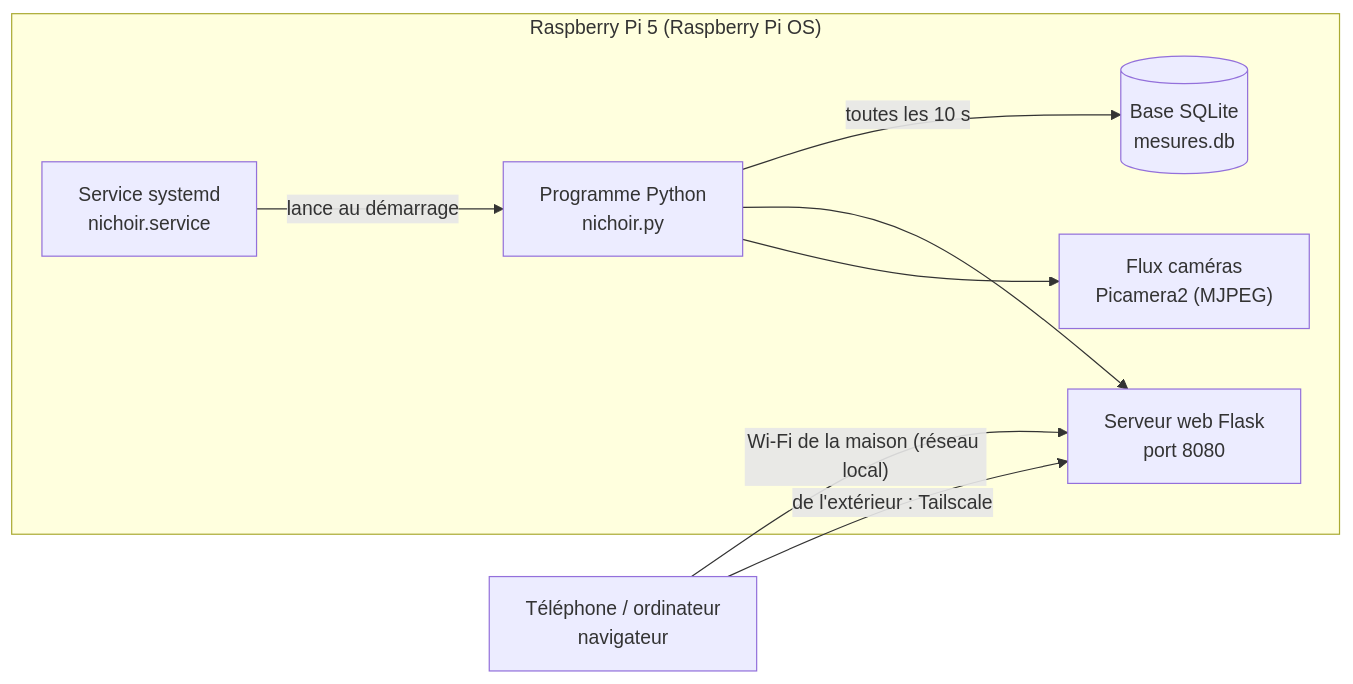
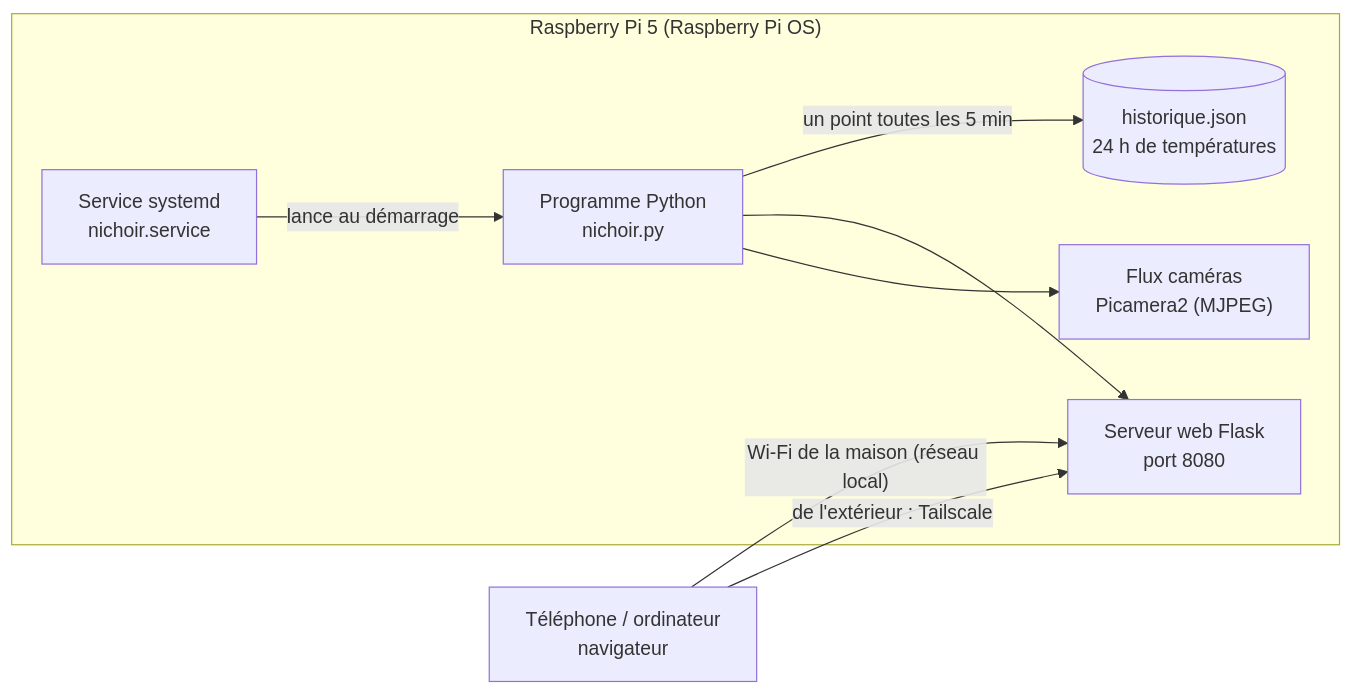
Before and after one commit to mathieujullien77190/birds: the diagram in docs/logiciel.md, drawn with Mermaid. The commit also changed other lines of this file and 3 other files, not shown here.

````diff
--- a/docs/logiciel.md
+++ b/docs/logiciel.md
@@ -9,17 +11,17 @@
 ```mermaid
 flowchart LR
   subgraph PI["Raspberry Pi 5 (Raspberry Pi OS)"]
     SVC["Service systemd<br/>nichoir.service"]
     APP["Programme Python<br/>nichoir.py"]
-    DB[("Base SQLite<br/>mesures.db")]
+    HIS[("historique.json<br/>24 h de températures")]
     WEB["Serveur web Flask<br/>port 8080"]
     CAM["Flux caméras<br/>Picamera2 (MJPEG)"]
   end
   TEL["Téléphone / ordinateur<br/>navigateur"]
   SVC -->|"lance au démarrage"| APP
-  APP -->|"toutes les 10 s"| DB
+  APP -->|"un point toutes les 5 min"| HIS
   APP --> WEB
   APP --> CAM
   TEL -->|"Wi-Fi de la maison (réseau local)"| WEB
   TEL -->|"de l'extérieur : Tailscale"| WEB
 ```
````
